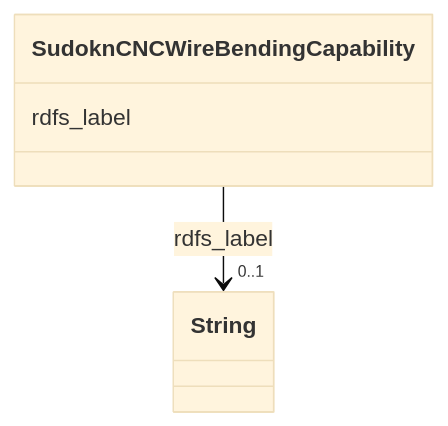
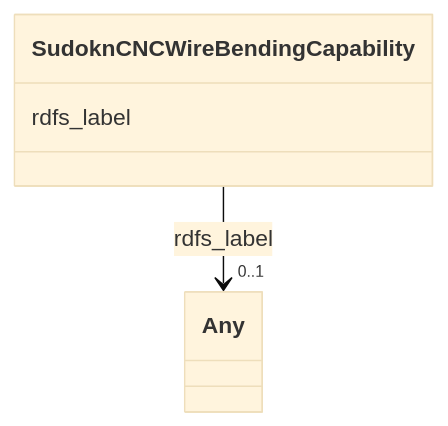
Before and after one commit to frink-okn/graph-descriptions: the diagram in sudokn-kg/classes/SudoknCNCWireBendingCapability.md, drawn with Mermaid (base theme). The commit also changed other lines of this file and 903 other files, not shown here.

````diff
--- a/sudokn-kg/classes/SudoknCNCWireBendingCapability.md
+++ b/sudokn-kg/classes/SudoknCNCWireBendingCapability.md
@@ -23,15 +18,15 @@
 ```mermaid
  classDiagram
     class SudoknCNCWireBendingCapability
     click SudoknCNCWireBendingCapability href "../SudoknCNCWireBendingCapability"
       SudoknCNCWireBendingCapability : rdfs_label
         
           
     
     
-    SudoknCNCWireBendingCapability --> "0..1" String : rdfs_label
-    click String href "../String"
+    SudoknCNCWireBendingCapability --> "0..1" Any : rdfs_label
+    click Any href "../Any"
 
         
       
 ```
````
